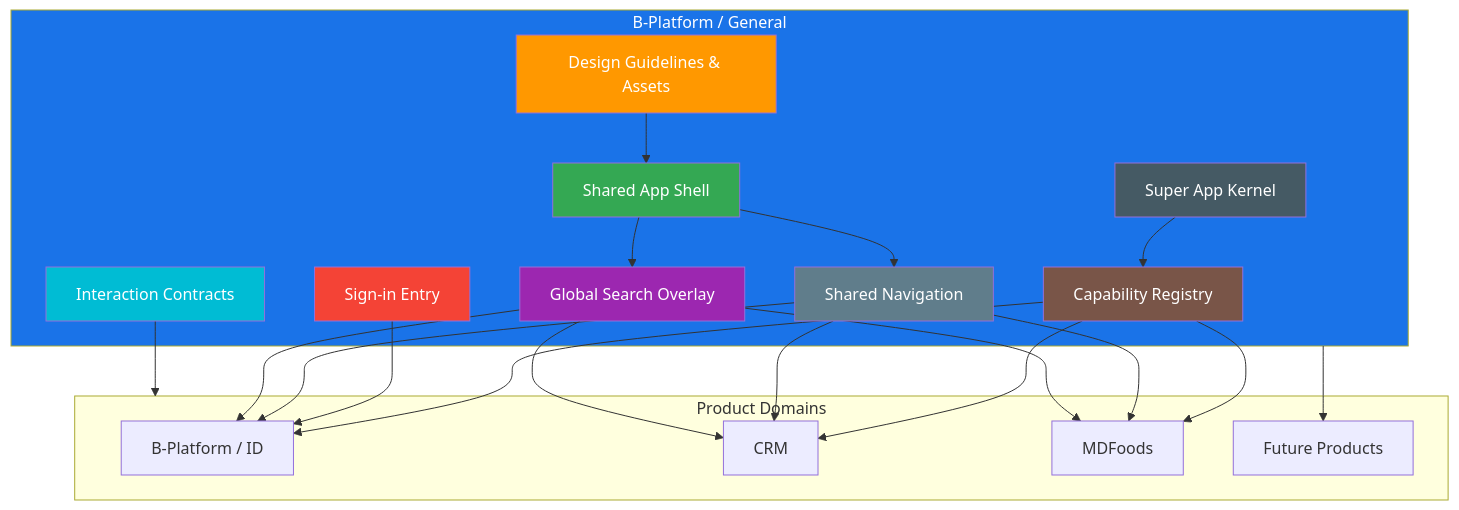
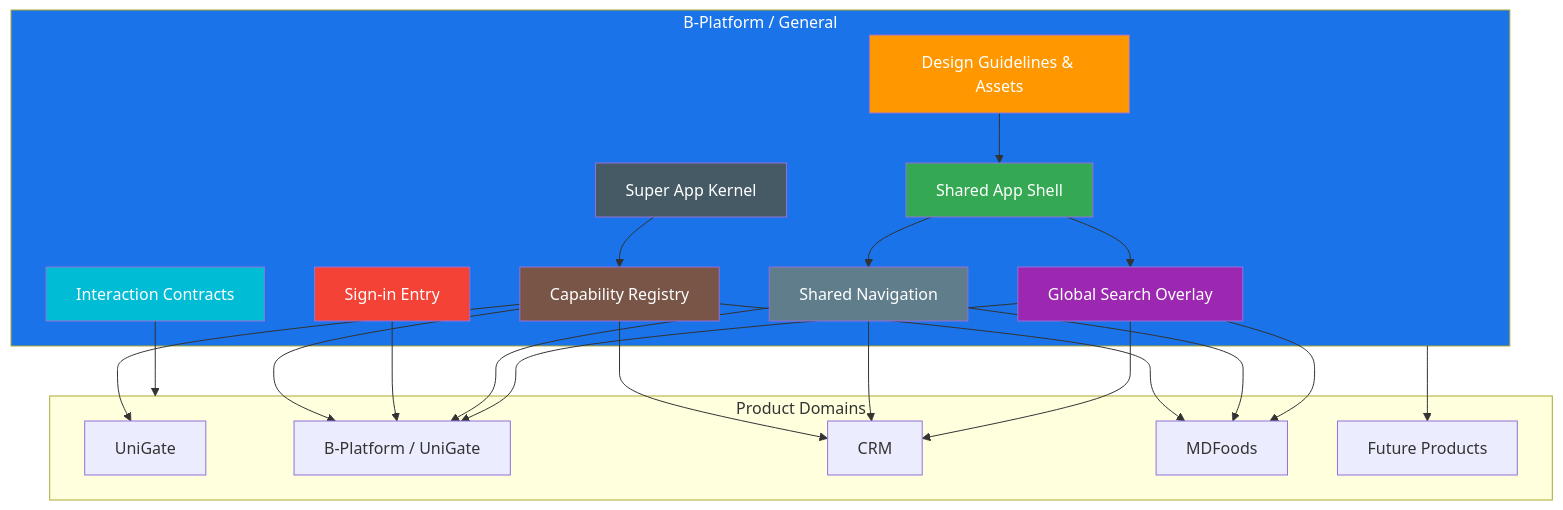
One commit to b-platform-vn/docs--business-requirements changed the second of 2 diagrams in products/bplatform-general/README.md. Above: the diagram before and after it, drawn with Mermaid. The commit also changed other lines of this file and 24 other files, not shown here.

Commit message:
Add UniGate identity platform and B-Platform Super App design system

````diff
--- a/products/bplatform-general/README.md
+++ b/products/bplatform-general/README.md
@@ -188,47 +189,49 @@
 ```mermaid
 graph TD
     subgraph GeneralLayer[B-Platform / General]
         Kernel[Super App Kernel]
         Registry[Capability Registry]
         SignIn[Sign-in Entry]
         Nav[Shared Navigation]
         Search[Global Search Overlay]
         Shell[Shared App Shell]
         UX[Interaction Contracts]
         Tokens[Design Guidelines & Assets]
     end
 
     subgraph Products[Product Domains]
-        ID[B-Platform / ID]
+      UniGate[UniGate]
+        BPUG[B-Platform / UniGate]
         CRM[CRM]
         MDFoods[MDFoods]
         Future[Future Products]
     end
 
     Tokens --> Shell
     Kernel --> Registry
-    Registry --> ID
+    Registry --> BPUG
+    Registry --> UniGate
     Registry --> CRM
     Registry --> MDFoods
-    SignIn --> ID
+    SignIn --> BPUG
     Shell --> Nav
     Shell --> Search
-    Nav --> ID
+    Nav --> BPUG
     Nav --> CRM
     Nav --> MDFoods
-    Search --> ID
+    Search --> BPUG
     Search --> CRM
     Search --> MDFoods
     UX --> Products
     GeneralLayer --> Future
 
     style GeneralLayer fill:#1a73e8,color:#fff
     style Kernel fill:#455A64,color:#fff
     style Registry fill:#795548,color:#fff
     style SignIn fill:#F44336,color:#fff
     style Nav fill:#607D8B,color:#fff
     style Search fill:#9C27B0,color:#fff
     style Shell fill:#34a853,color:#fff
     style UX fill:#00BCD4,color:#fff
     style Tokens fill:#FF9800,color:#fff
 ```
````
